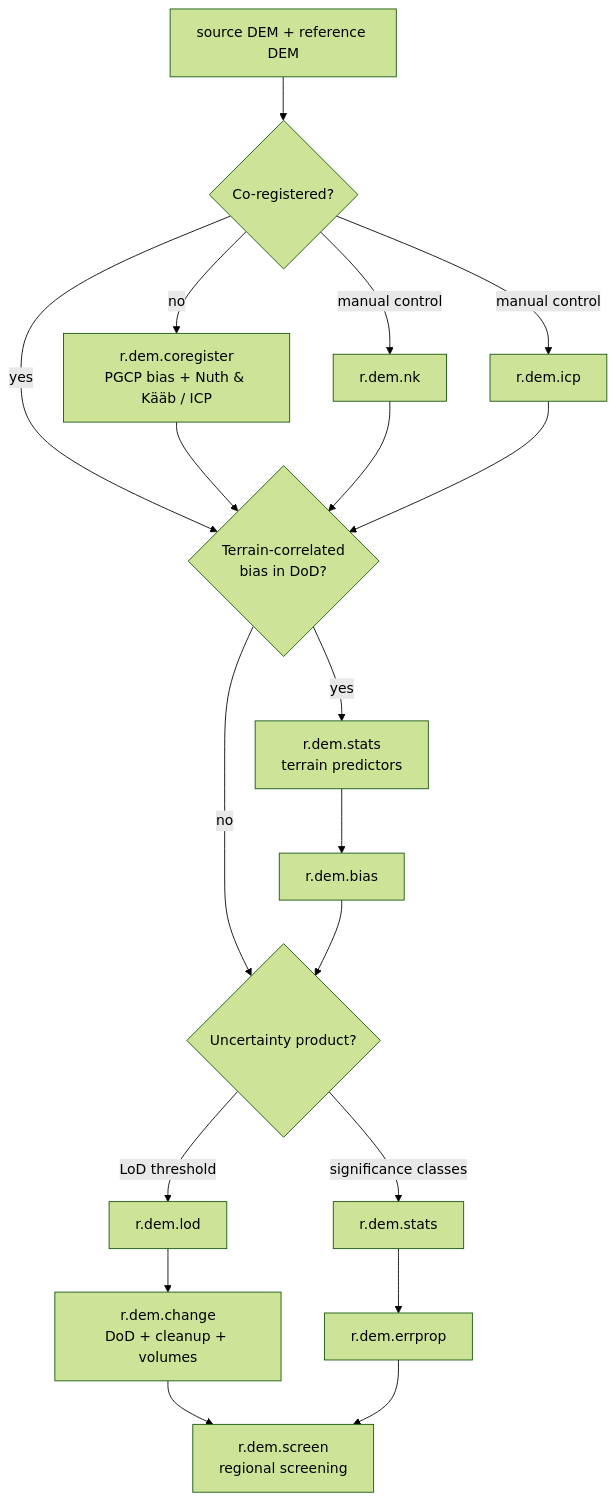
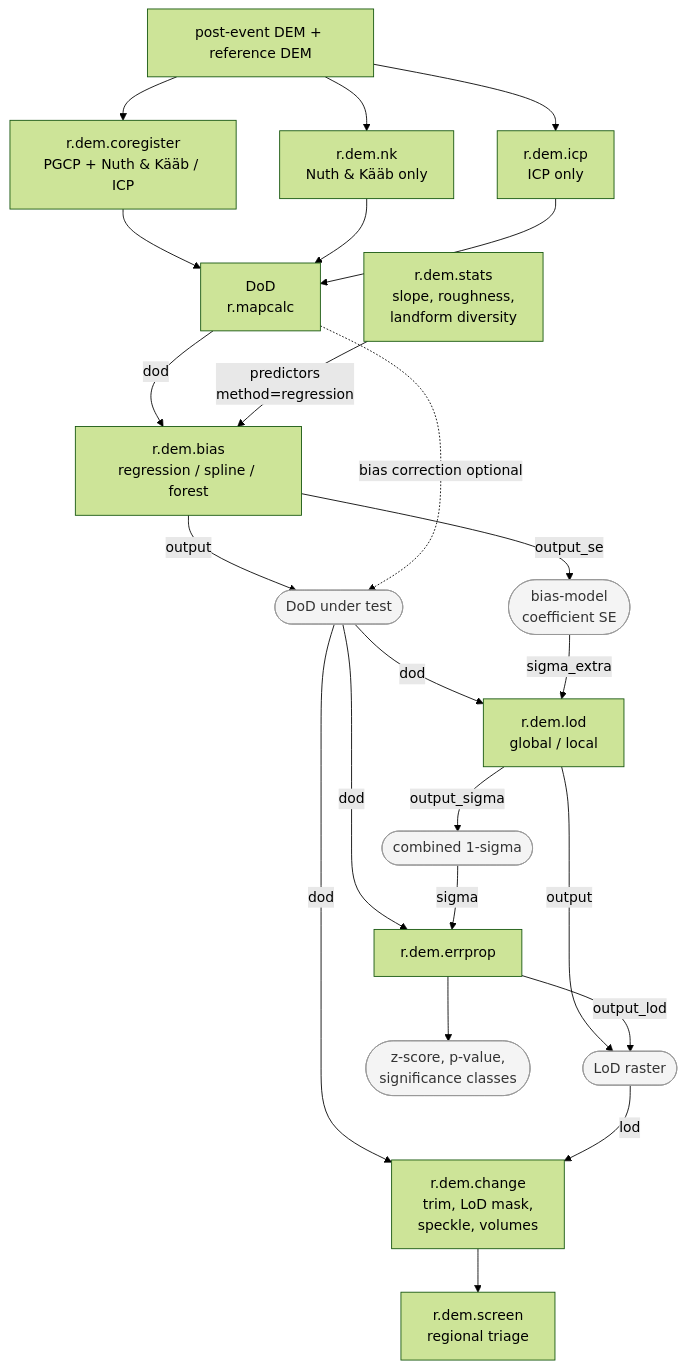
One commit to OSGeo/grass-addons changed the diagram in src/raster/r.dem/r.dem.md. Above: the diagram before and after it, drawn with Mermaid (forest theme). The commit also changed other lines of this file and 3 other files, not shown here.

Commit message:
Update toolbox docs and workflow diagram

````diff
--- a/src/raster/r.dem/r.dem.md
+++ b/src/raster/r.dem/r.dem.md
@@ -58,18 +83,36 @@
 ```mermaid
 flowchart TD
-    S["source DEM + reference DEM"] --> Q1{"Co-registered?"}
-    Q1 -- "no" --> CR["r.dem.coregister<br/>PGCP bias + Nuth &amp; Kääb / ICP"]
-    Q1 -- "manual control" --> NK["r.dem.nk"]
-    Q1 -- "manual control" --> ICP["r.dem.icp"]
-    Q1 -- "yes" --> Q2
-    CR --> Q2{"Terrain-correlated<br/>bias in DoD?"}
-    NK --> Q2
-    ICP --> Q2
-    Q2 -- "yes" --> ST["r.dem.stats<br/>terrain predictors"] --> B["r.dem.bias"]
-    Q2 -- "no" --> Q3
-    B --> Q3{"Uncertainty product?"}
-    Q3 -- "LoD threshold" --> LOD["r.dem.lod"] --> CH["r.dem.change<br/>DoD + cleanup + volumes"]
-    Q3 -- "significance classes" --> ST2["r.dem.stats"] --> EP["r.dem.errprop"]
-    CH --> SC["r.dem.screen<br/>regional screening"]
-    EP --> SC
+    SRC["post-event DEM + reference DEM"]
+    SRC --> CR["r.dem.coregister<br/>PGCP + Nuth &amp; Kääb / ICP"]
+    SRC --> NK["r.dem.nk<br/>Nuth &amp; Kääb only"]
+    SRC --> ICP["r.dem.icp<br/>ICP only"]
+
+    CR --> DOD["DoD<br/>r.mapcalc"]
+    NK --> DOD
+    ICP --> DOD
+
+    STATS["r.dem.stats<br/>slope, roughness,<br/>landform diversity"]
+    DOD -->|dod| BIAS["r.dem.bias<br/>regression / spline / forest"]
+    STATS -->|"predictors<br/>method=regression"| BIAS
+
+    BIAS -->|output| CDOD(["DoD under test"])
+    BIAS -->|output_se| SE(["bias-model<br/>coefficient SE"])
+    DOD -.->|bias correction optional| CDOD
+
+    CDOD -->|dod| LOD["r.dem.lod<br/>global / local"]
+    SE -->|sigma_extra| LOD
+    LOD -->|output| LODR(["LoD raster"])
+    LOD -->|output_sigma| SIGMA(["combined 1-sigma"])
+
+    CDOD -->|dod| EP["r.dem.errprop"]
+    SIGMA -->|sigma| EP
+    EP -->|output_lod| LODR
+    EP --> CLASS(["z-score, p-value,<br/>significance classes"])
+
+    CDOD -->|dod| CH["r.dem.change<br/>trim, LoD mask,<br/>speckle, volumes"]
+    LODR -->|lod| CH
+    CH --> SC["r.dem.screen<br/>regional triage"]
+
+    classDef data fill:#f4f4f4,stroke:#999,color:#333
+    class CDOD,SE,LODR,SIGMA,CLASS data
 ```
````
